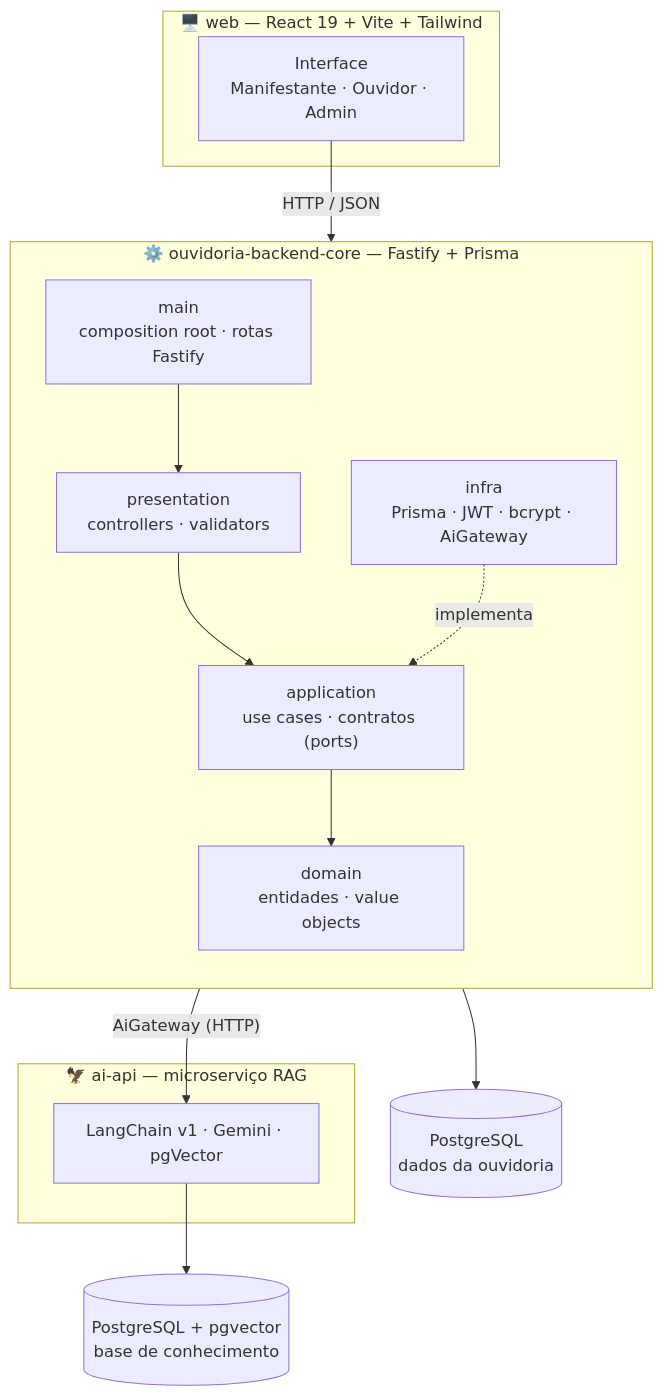
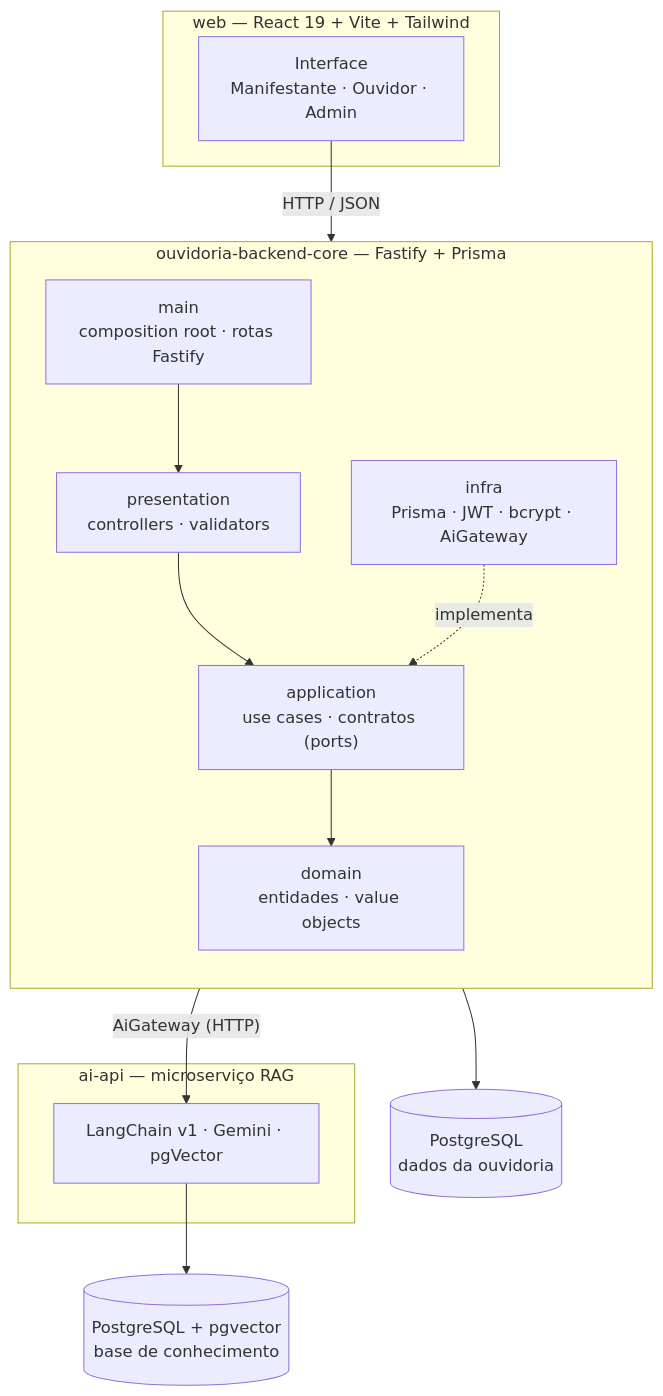
Before and after one commit to Fabricio-Fontenele/Ouvidoria-UESPI: the diagram in README.md, drawn with Mermaid. The commit also changed other lines of this file, not shown here.

````diff
--- a/README.md
+++ b/README.md
@@ -158,28 +158,28 @@
 ```mermaid
 flowchart TB
-    subgraph Front["🖥️  web — React 19 + Vite + Tailwind"]
+    subgraph Front["web — React 19 + Vite + Tailwind"]
         UI["Interface<br/>Manifestante · Ouvidor · Admin"]
     end
 
-    subgraph Back["⚙️  ouvidoria-backend-core — Fastify + Prisma"]
+    subgraph Back["ouvidoria-backend-core — Fastify + Prisma"]
         direction TB
         PRE["presentation<br/>controllers · validators"]
         APP["application<br/>use cases · contratos (ports)"]
         DOM["domain<br/>entidades · value objects"]
         INF["infra<br/>Prisma · JWT · bcrypt · AiGateway"]
         MAIN["main<br/>composition root · rotas Fastify"]
         PRE --> APP
         APP --> DOM
         INF -. implementa .-> APP
         MAIN --> PRE
     end
 
-    subgraph IA["🦅  ai-api — microserviço RAG"]
+    subgraph IA["ai-api — microserviço RAG"]
         RAG["LangChain v1 · Gemini · pgVector"]
     end
 
     UI -->|HTTP / JSON| MAIN
     INF -->|"AiGateway (HTTP)"| RAG
     MAIN --> DB[("PostgreSQL<br/>dados da ouvidoria")]
     RAG --> VDB[("PostgreSQL + pgvector<br/>base de conhecimento")]
 ```
````
